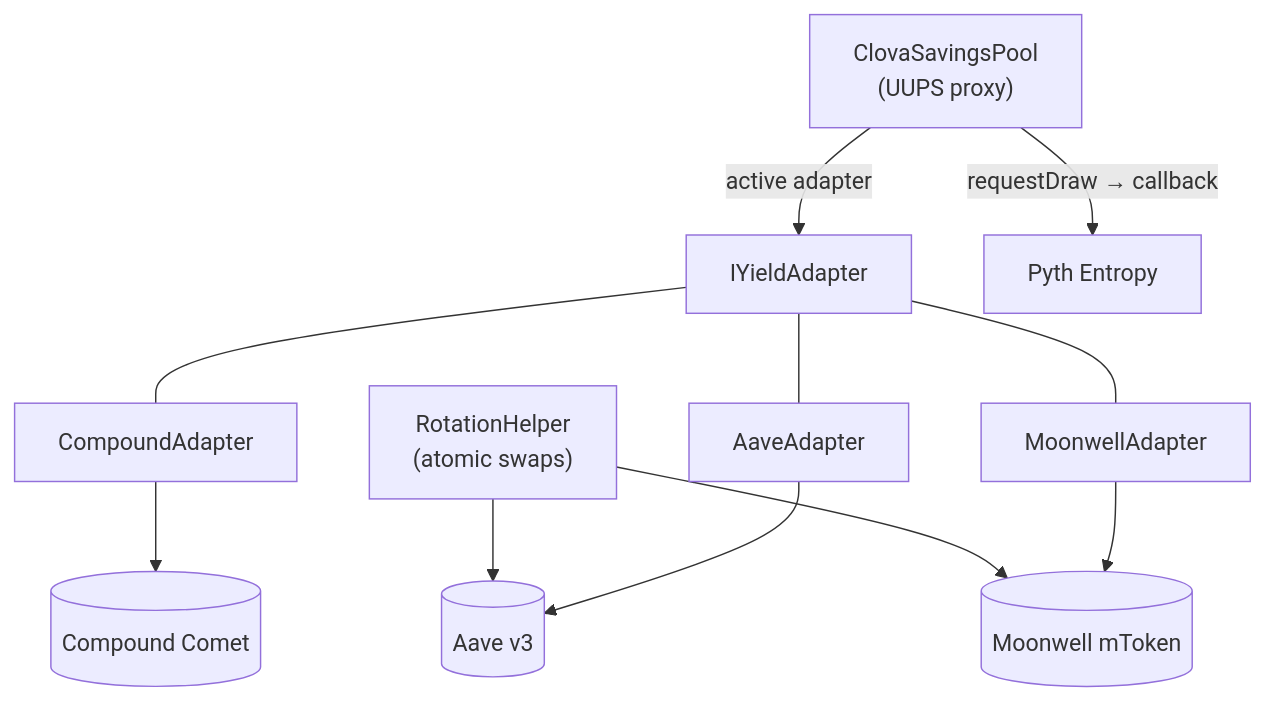
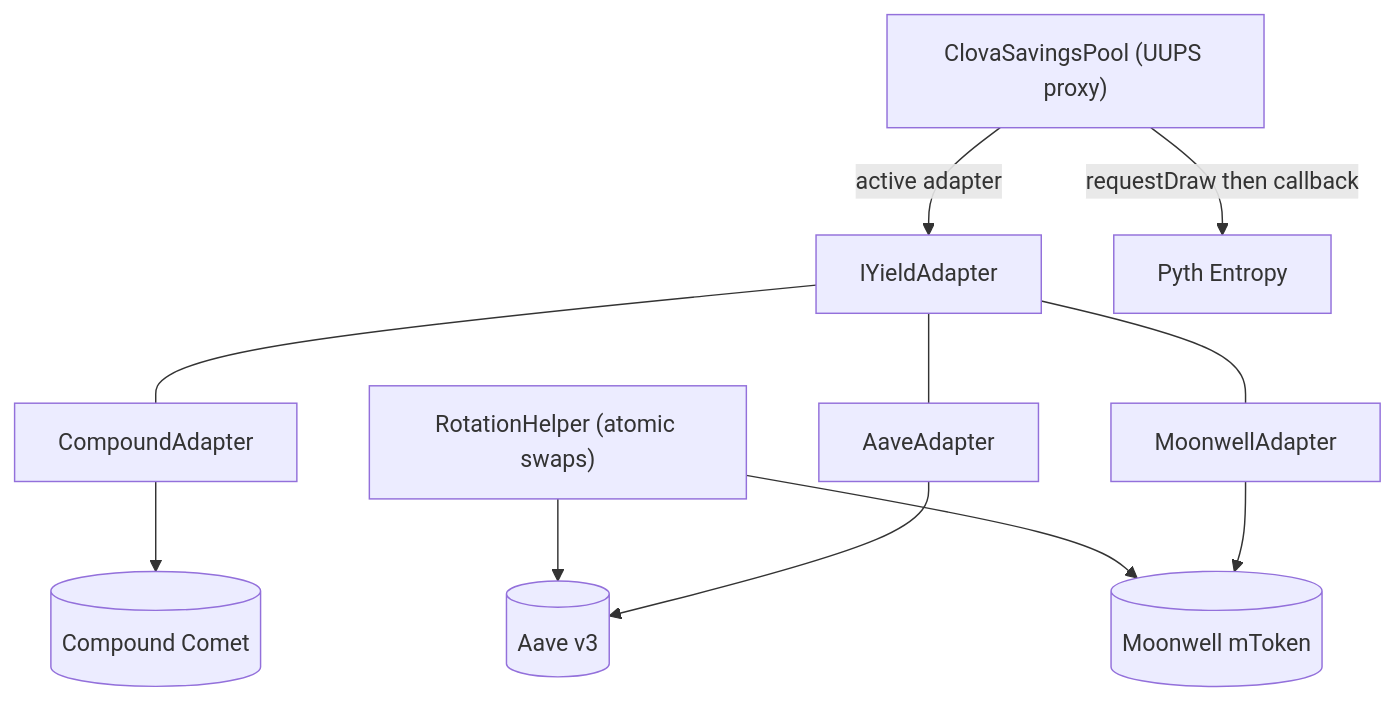
Before and after one commit to ClovaRepo/frontend: the first of 2 diagrams in docs/smart-contracts.md, drawn with Mermaid. The commit also changed other lines of this file and 8 other files, not shown here.

First line of the commit message:
docs: harden mermaid for GitBook renderer

````diff
--- a/docs/smart-contracts.md
+++ b/docs/smart-contracts.md
@@ -27,18 +27,23 @@
 ```mermaid
 flowchart TB
-  POOL["ClovaSavingsPool<br/>(UUPS proxy)"]
+  POOL["ClovaSavingsPool (UUPS proxy)"]
   IFACE["IYieldAdapter"]
   AA["AaveAdapter"]
   CA["CompoundAdapter"]
   MA["MoonwellAdapter"]
-  RH["RotationHelper<br/>(atomic swaps)"]
+  RH["RotationHelper (atomic swaps)"]
   PYTH["Pyth Entropy"]
-
-  POOL -->|"active adapter"| IFACE
-  IFACE --- AA & CA & MA
-  AA --> AAVE[("Aave v3")]
-  CA --> COMP[("Compound Comet")]
-  MA --> MOON[("Moonwell mToken")]
-  POOL -->|"requestDraw → callback"| PYTH
-  RH --> AAVE & MOON
+  AAVE[("Aave v3")]
+  COMP[("Compound Comet")]
+  MOON[("Moonwell mToken")]
+  POOL -->|active adapter| IFACE
+  IFACE --- AA
+  IFACE --- CA
+  IFACE --- MA
+  AA --> AAVE
+  CA --> COMP
+  MA --> MOON
+  POOL -->|"requestDraw then callback"| PYTH
+  RH --> AAVE
+  RH --> MOON
 ```
````
